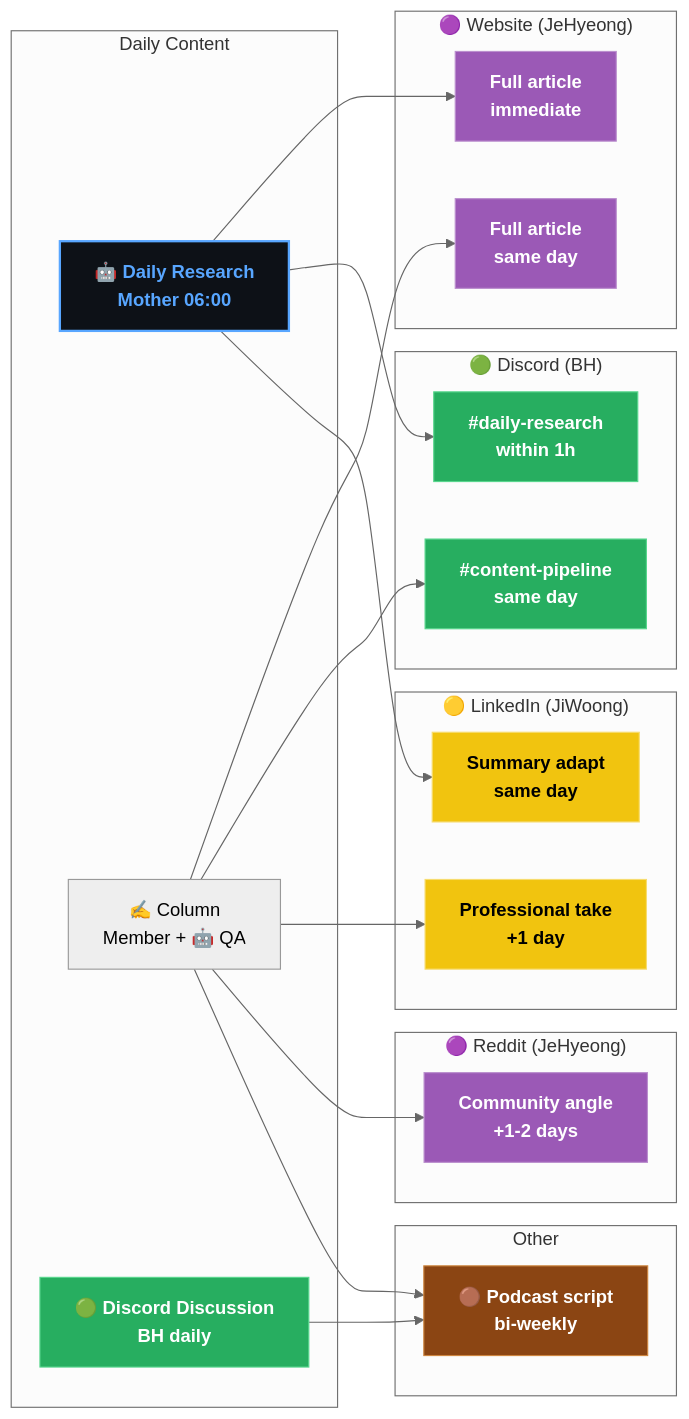
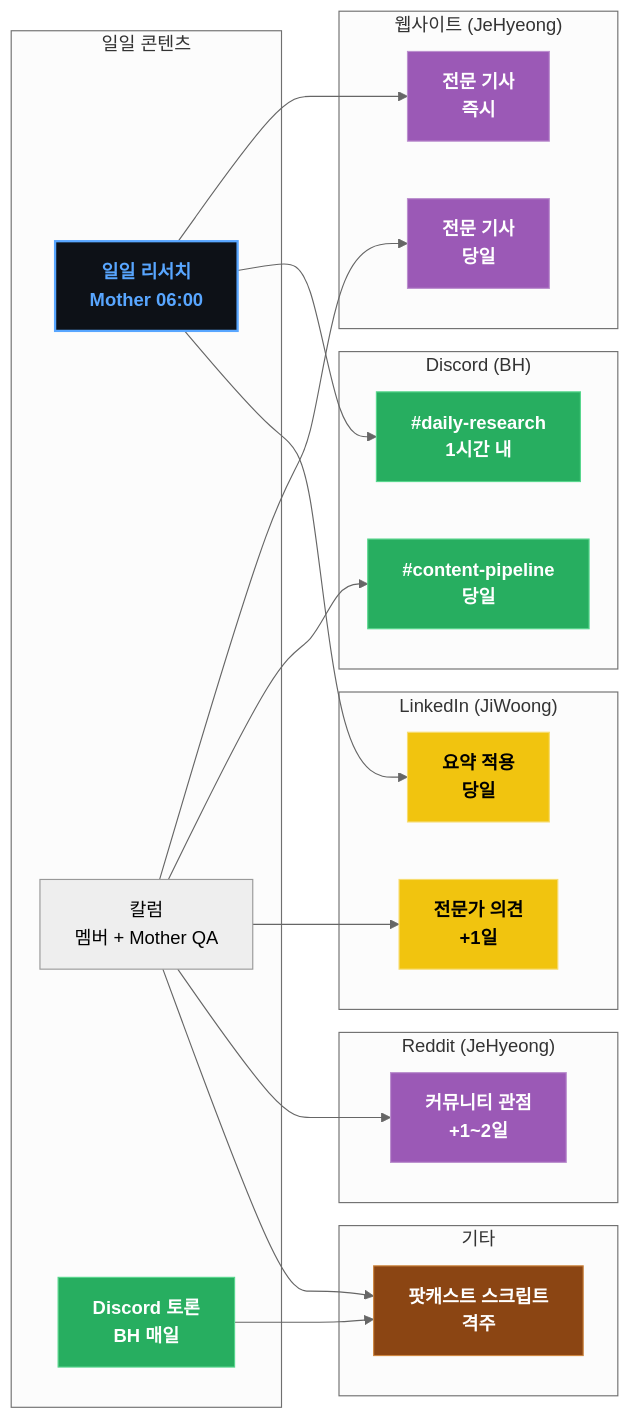
Before and after one commit to JeHyeong2/hypeprooflab: the diagram in products/hypeproof-workflow-diagrams/d6a-color.mmd, drawn with Mermaid (neutral theme). The commit also changed 38 other files, not shown here.

First line of the commit message:
diagrams: convert all to Korean + font 18px + QA pass 19/19

```diff
--- a/products/hypeproof-workflow-diagrams/d6a-color.mmd
+++ b/products/hypeproof-workflow-diagrams/d6a-color.mmd
@@ -1,58 +1,58 @@
 flowchart LR
-    subgraph SRC["Daily Content"]
-        C1["🤖 Daily Research<br/>Mother 06:00"]
-        C2["✍️ Column<br/>Member + 🤖 QA"]
-        C7["🟢 Discord Discussion<br/>BH daily"]
+    subgraph SRC["일일 콘텐츠"]
+        C1["일일 리서치<br/>Mother 06:00"]
+        C2["칼럼<br/>멤버 + Mother QA"]
+        C7["Discord 토론<br/>BH 매일"]
     end
 
-    subgraph WEB["🟣 Website (JeHyeong)"]
-        W1["Full article<br/>immediate"]
-        W2["Full article<br/>same day"]
+    subgraph WEB["웹사이트 (JeHyeong)"]
+        W1["전문 기사<br/>즉시"]
+        W2["전문 기사<br/>당일"]
     end
 
-    subgraph DISC["🟢 Discord (BH)"]
-        D1["#daily-research<br/>within 1h"]
-        D2["#content-pipeline<br/>same day"]
+    subgraph DISC["Discord (BH)"]
+        D1["#daily-research<br/>1시간 내"]
+        D2["#content-pipeline<br/>당일"]
     end
 
-    subgraph LI["🟡 LinkedIn (JiWoong)"]
-        L1["Summary adapt<br/>same day"]
-        L2["Professional take<br/>+1 day"]
+    subgraph LI["LinkedIn (JiWoong)"]
+        L1["요약 적용<br/>당일"]
+        L2["전문가 의견<br/>+1일"]
     end
 
-    subgraph RD["🟣 Reddit (JeHyeong)"]
-        R2["Community angle<br/>+1-2 days"]
+    subgraph RD["Reddit (JeHyeong)"]
+        R2["커뮤니티 관점<br/>+1~2일"]
     end
 
-    subgraph OTH["Other"]
-        O7["🟤 Podcast script<br/>bi-weekly"]
+    subgraph OTH["기타"]
+        O7["팟캐스트 스크립트<br/>격주"]
     end
 
     C1 --> W1
     C1 --> D1
     C1 --> L1
 
     C2 --> W2
     C2 --> D2
     C2 --> L2
     C2 --> R2
     C2 --> O7
 
     C7 --> O7
 
     classDef jay fill:#1f6feb,stroke:#388bfd,color:#fff,font-weight:bold
     classDef kiwon fill:#e8734a,stroke:#f78166,color:#fff,font-weight:bold
     classDef jiwoong fill:#f1c40f,stroke:#f7dc6f,color:#000,font-weight:bold
     classDef jy fill:#e74c3c,stroke:#f1948a,color:#fff,font-weight:bold
     classDef tj fill:#8b4513,stroke:#cd853f,color:#fff,font-weight:bold
     classDef jehyeong fill:#9b59b6,stroke:#bb8fce,color:#fff,font-weight:bold
     classDef bh fill:#27ae60,stroke:#58d68d,color:#fff,font-weight:bold
     classDef jungwoo fill:#3498db,stroke:#85c1e9,color:#fff,font-weight:bold
     classDef ryan fill:#95a5a6,stroke:#bdc3c7,color:#000,font-weight:bold
     classDef mother fill:#0d1117,stroke:#58a6ff,color:#58a6ff,font-weight:bold,stroke-width:2px
 
     class C1 mother
     class C7,D1,D2 bh
     class W1,W2,R2 jehyeong
     class L1,L2 jiwoong
     class O7 tj
```
